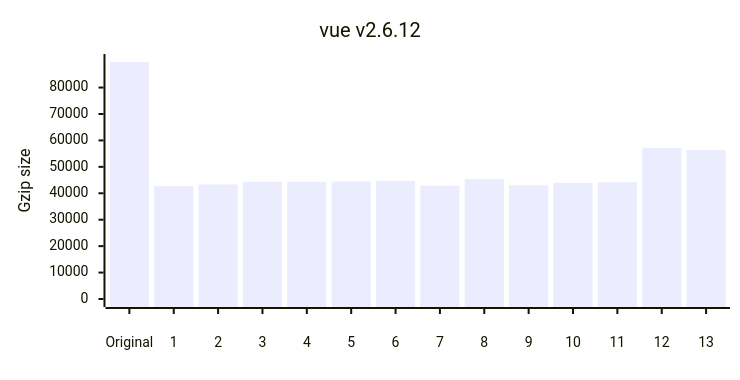
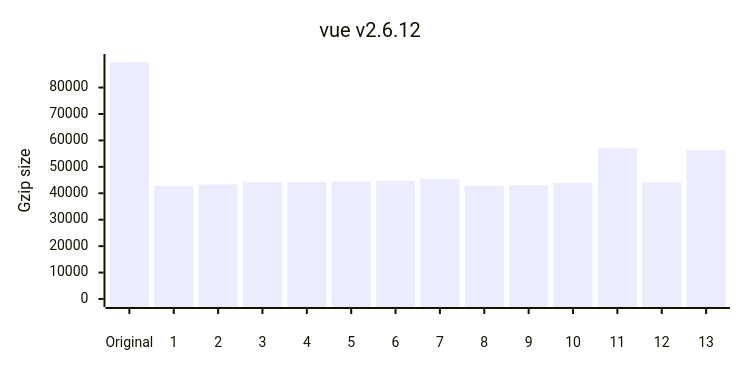
The fourth of 12 diagrams in README.md (privatenumber/minification-benchmarks), drawn with Mermaid before and after one commit. The commit also changed other lines of this file, not shown here.

````diff
--- a/README.md
+++ b/README.md
@@ -209,17 +209,17 @@
 ```mermaid
 ---
 config:
     xyChart:
         width: 720
         height: 360
         xAxis:
             labelPadding: 20
         yAxis:
             labelPadding: 10
 ---
 xychart-beta
 	title "vue v2.6.12"
 	x-axis ["Original",1,2,3,4,5,6,7,8,9,10,11,12,13]
 	y-axis "Gzip size" 0 --> 89668
-	bar [89668,42730,43348,44358,44368,44450,44636,42870,45400,43036,43925,44184,57169,56356]
+	bar [89668,42730,43348,44358,44368,44450,44636,45400,42870,43036,43925,57169,44184,56356]
 ```
````
